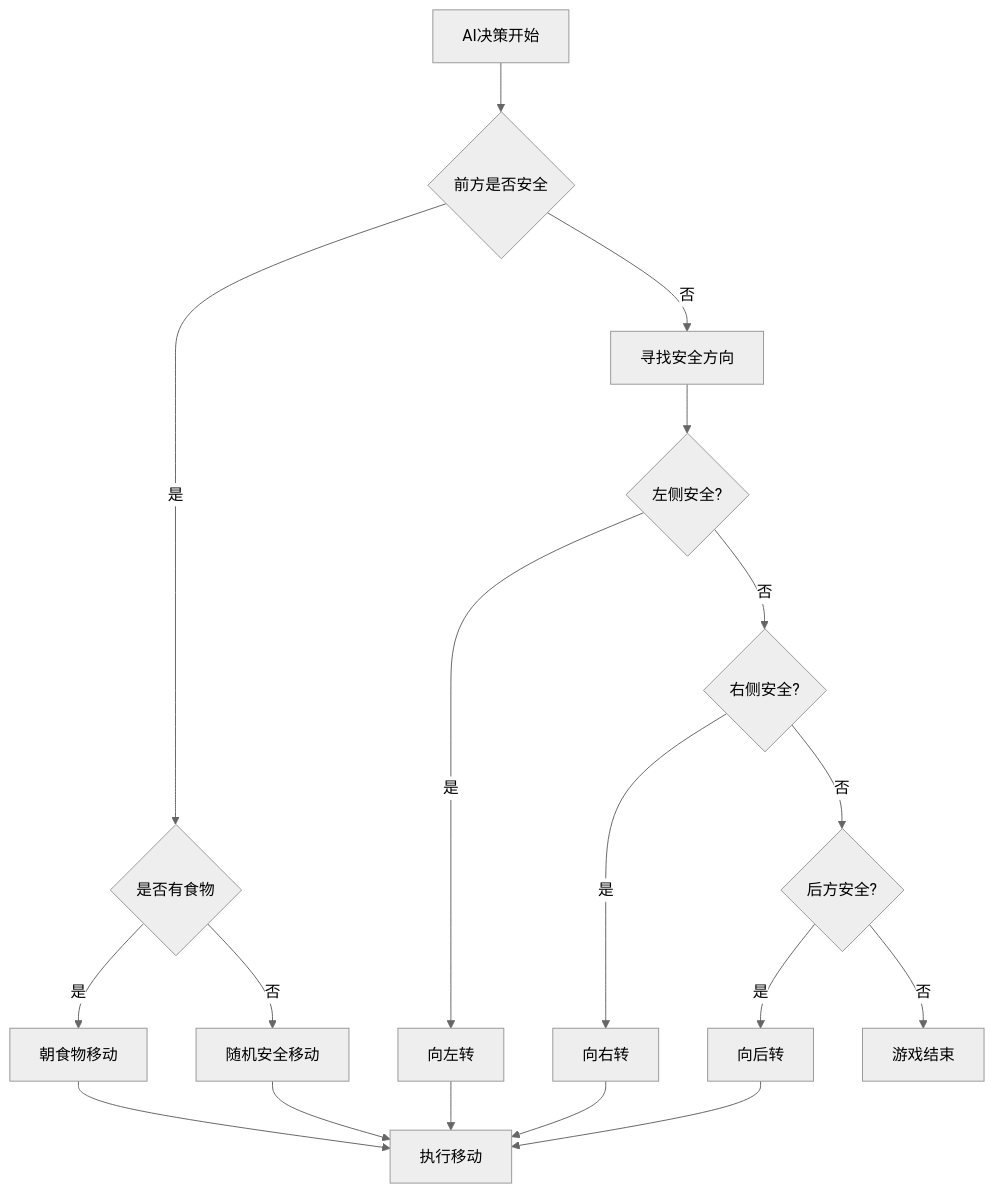
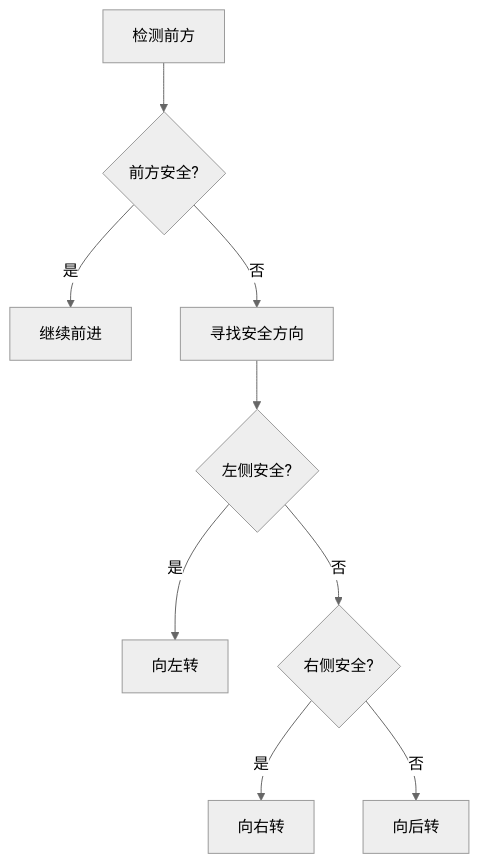
The fourth of 10 diagrams in 课时3-游戏AI与智能化/README.md (youjing-mz/snake), drawn with Mermaid (neutral theme) before and after one commit. The commit also changed other lines of this file and 8 other files, not shown here.

````diff
--- a/课时3-游戏AI与智能化/README.md
+++ b/课时3-游戏AI与智能化/README.md
@@ -86,23 +103,11 @@
 ```mermaid
 flowchart TD
-    A[AI决策开始] --> B{前方是否安全}
-    B -->|是| C{是否有食物}
+    A[检测前方] --> B{前方安全?}
+    B -->|是| C[继续前进]
     B -->|否| D[寻找安全方向]
-    
-    C -->|是| E[朝食物移动]
-    C -->|否| F[随机安全移动]
-    
-    D --> G{左侧安全?}
-    G -->|是| H[向左转]
-    G -->|否| I{右侧安全?}
-    I -->|是| J[向右转]
-    I -->|否| K{后方安全?}
-    K -->|是| L[向后转]
-    K -->|否| M[游戏结束]
-    
-    E --> N[执行移动]
-    F --> N
-    H --> N
-    J --> N
-    L --> N
+    D --> E{左侧安全?}
+    E -->|是| F[向左转]
+    E -->|否| G{右侧安全?}
+    G -->|是| H[向右转]
+    G -->|否| I[向后转]
 ```
````
